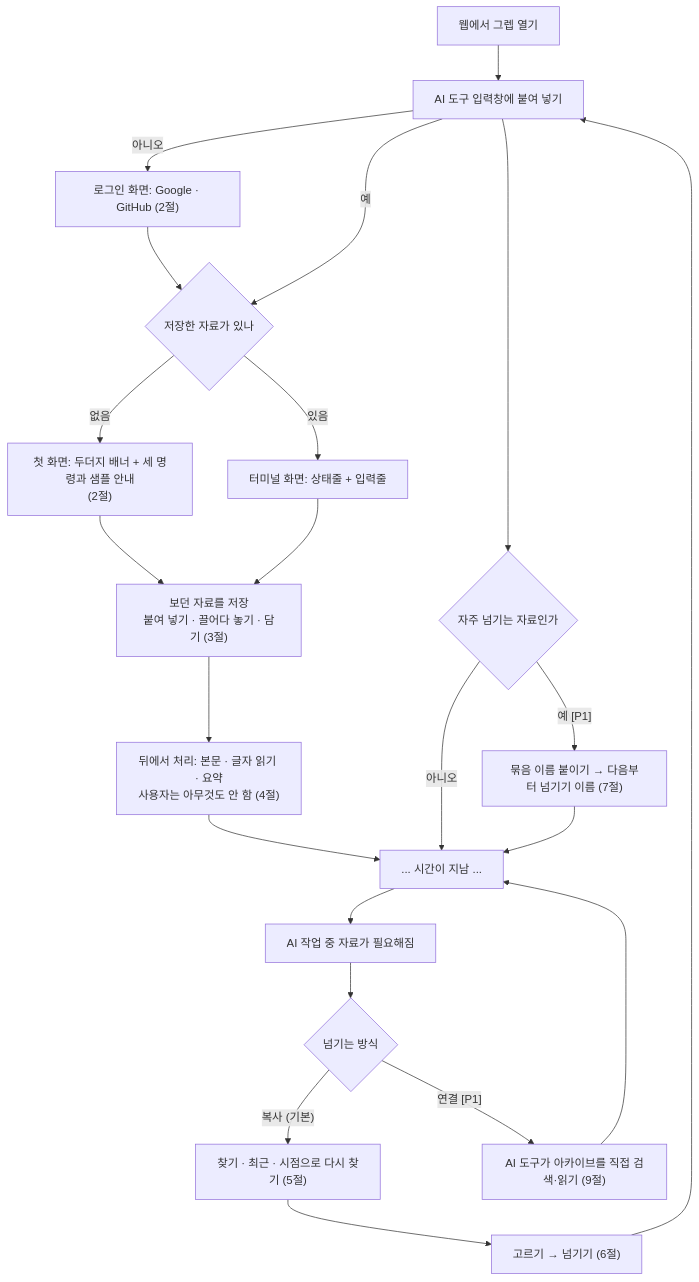
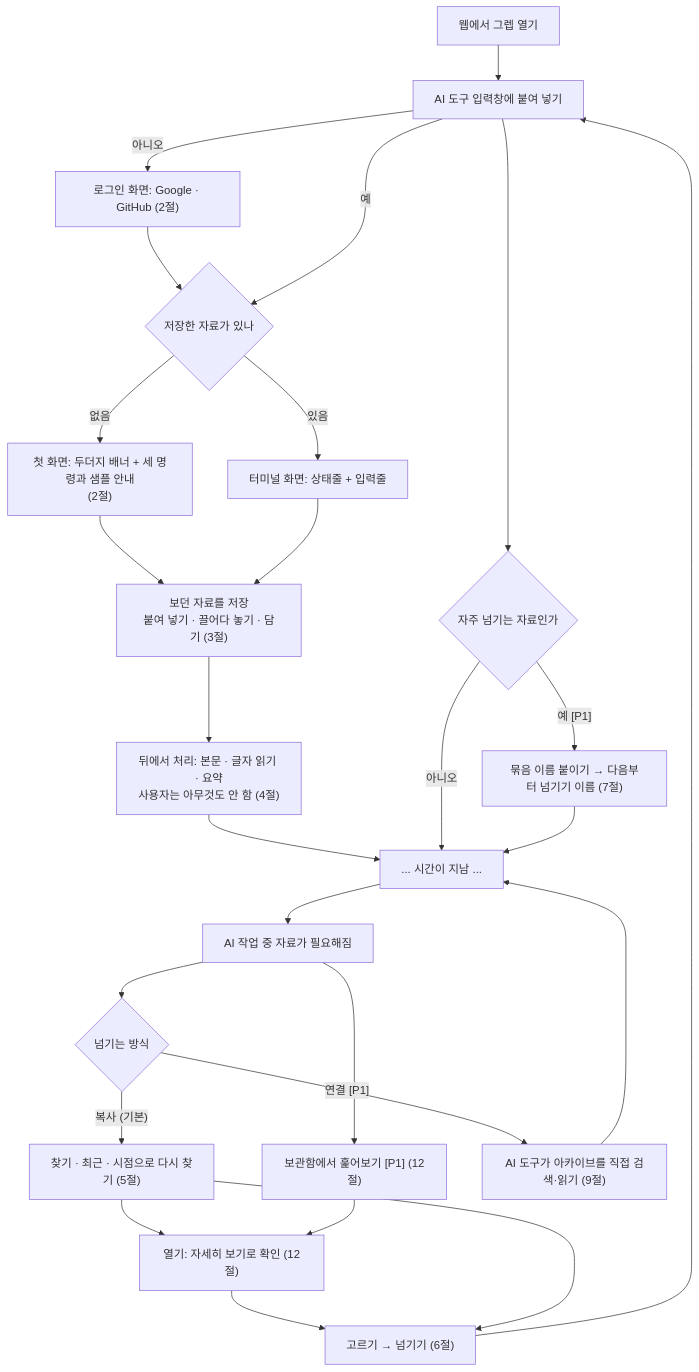
The first of 12 diagrams in docs/planning/user-flow.md (carti1108/grep), drawn with Mermaid before and after one commit. The commit also changed other lines of this file and 14 other files, not shown here.

````diff
--- a/docs/planning/user-flow.md
+++ b/docs/planning/user-flow.md
@@ -24,24 +24,28 @@
 ```mermaid
 flowchart TD
     A["웹에서 그렙 열기"] --> L{"로그인했나"}
     L -- "아니오" --> LG["로그인 화면: Google · GitHub (2절)"]
     LG --> B
     L -- "예" --> B{"저장한 자료가 있나"}
     B -- "없음" --> C["첫 화면: 두더지 배너 + 세 명령과 샘플 안내<br/>(2절)"]
     B -- "있음" --> D["터미널 화면: 상태줄 + 입력줄"]
     C --> E
     D --> E["보던 자료를 저장<br/>붙여 넣기 · 끌어다 놓기 · 담기 (3절)"]
     E --> F["뒤에서 처리: 본문 · 글자 읽기 · 요약<br/>사용자는 아무것도 안 함 (4절)"]
     F --> G["... 시간이 지남 ..."]
     G --> H["AI 작업 중 자료가 필요해짐"]
     H --> I{"넘기는 방식"}
     I -- "복사 (기본)" --> J["찾기 · 최근 · 시점으로 다시 찾기 (5절)"]
+    H --> V["보관함에서 훑어보기 [P1] (12절)"]
+    J --> W["열기: 자세히 보기로 확인 (12절)"]
+    V --> W
+    W --> K
     J --> K["고르기 → 넘기기 (6절)"]
     K --> L["AI 도구 입력창에 붙여 넣기"]
     I -- "연결 [P1]" --> M["AI 도구가 아카이브를 직접 검색·읽기 (9절)"]
     L --> N{"자주 넘기는 자료인가"}
     N -- "예 [P1]" --> O["묶음 이름 붙이기 → 다음부터 넘기기 이름 (7절)"]
     N -- "아니오" --> G
     O --> G
     M --> G
 ```
````
